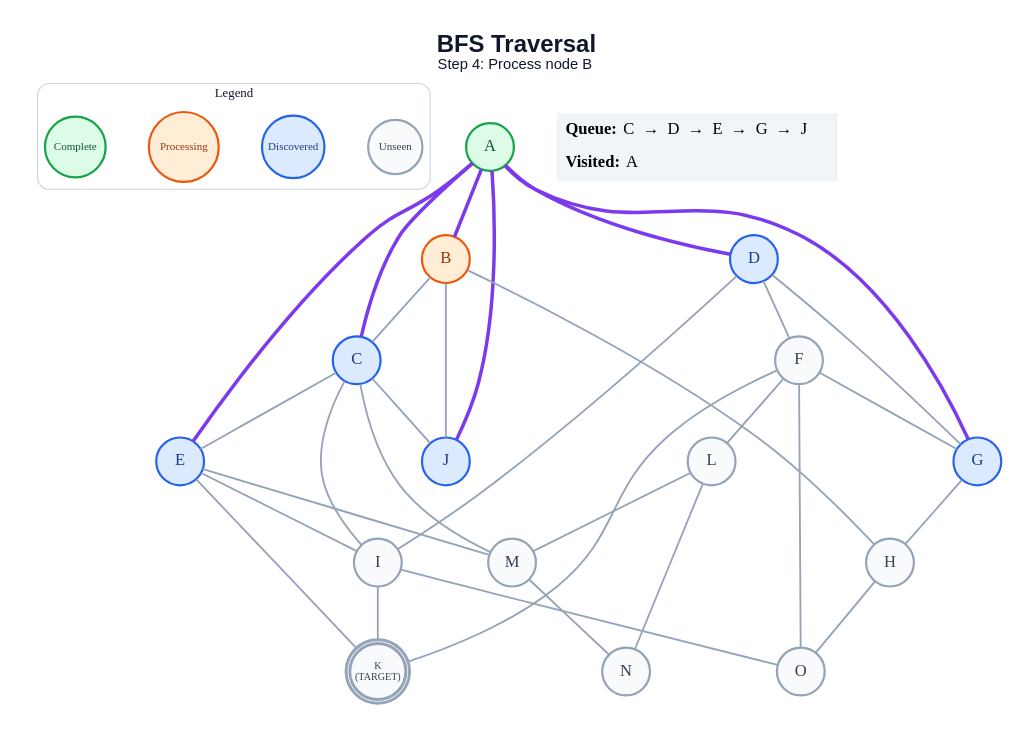
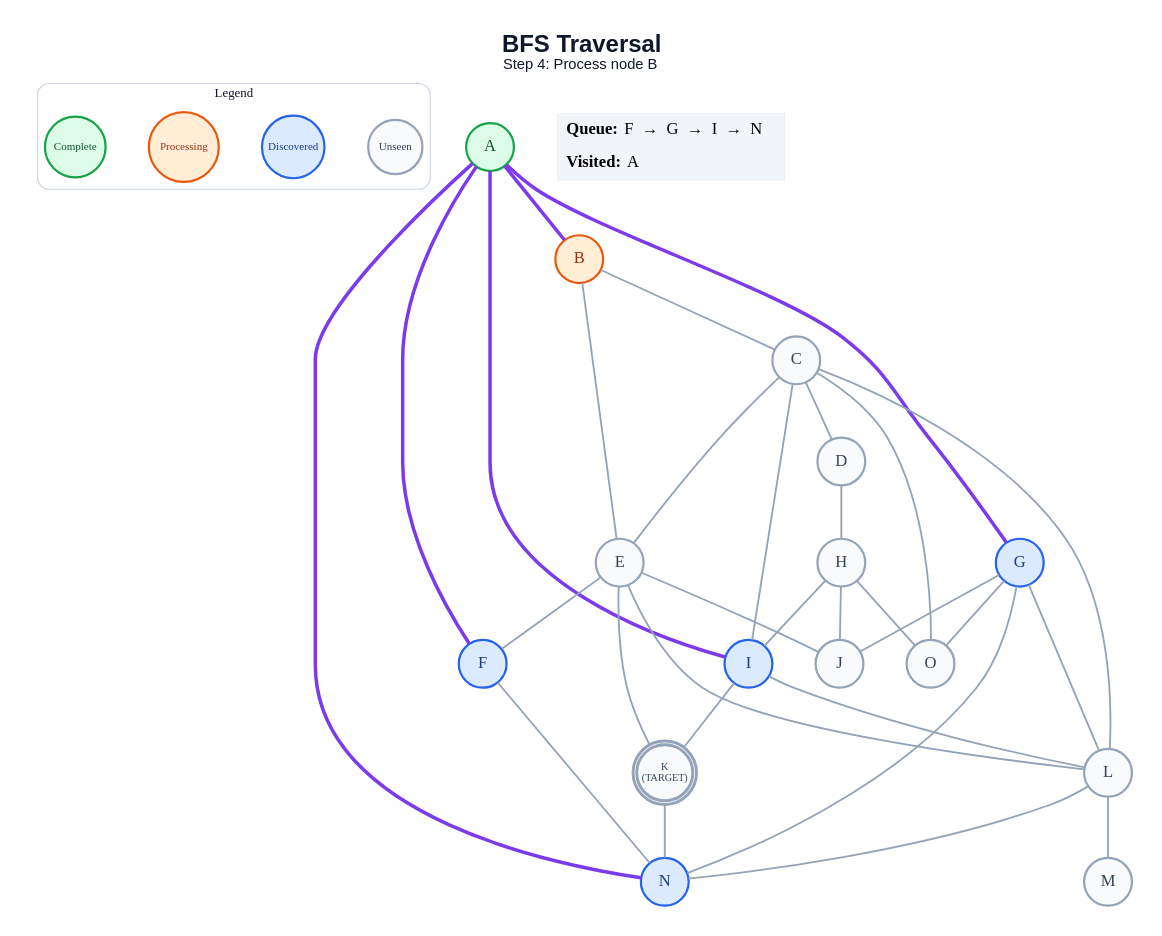
One commit to anon7238593-create/ai-slop changed the diagram in generated/bfs/step_04.dot. Above: the diagram before and after it, drawn with Graphviz. The commit also changed 291 other files, not shown here.

```diff
--- a/generated/bfs/step_04.dot
+++ b/generated/bfs/step_04.dot
@@ -1,64 +1,64 @@
 graph traversal {
   graph [layout=dot, rankdir=TB, bgcolor="#FFFFFF", pad="0.35", nodesep="0.65", ranksep="0.8", fontname="Arial"];
   node [shape=circle, style="filled", fontname="Arial Bold", fontsize=18, width=0.72, fixedsize=true, penwidth=2.4];
   edge [color="#94A3B8", penwidth=2.0];
   label=<<B>BFS Traversal</B><BR/><FONT POINT-SIZE="16">Step 4: Process node B</FONT>>; labelloc="t"; fontsize=26; fontname="Arial"; fontcolor="#0F172A";
   subgraph cluster_legend { label="Legend"; color="#CBD5E1"; penwidth=1.2; style="rounded"; fontsize=14; fontname="Arial Bold";
     key_unseen [label="Unseen", fillcolor="#F8FAFC", color="#94A3B8", fontcolor="#334155", fontsize=12, width=0.82];
     key_frontier [label="Discovered", fillcolor="#DBEAFE", color="#2563EB", fontcolor="#1E3A8A", fontsize=12, width=0.95];
     key_current [label="Processing", fillcolor="#FFEDD5", color="#EA580C", fontcolor="#9A3412", fontsize=12, width=1.05];
     key_done [label="Complete", fillcolor="#DCFCE7", color="#16A34A", fontcolor="#14532D", fontsize=12, width=0.92];
     { rank=same; key_unseen; key_frontier; key_current; key_done; }
   }
   A [label="A", fillcolor="#DCFCE7", color="#16A34A", fontcolor="#14532D", peripheries=1, penwidth=2.4];
   B [label="B", fillcolor="#FFEDD5", color="#EA580C", fontcolor="#9A3412", peripheries=1, penwidth=2.4];
-  C [label="C", fillcolor="#DBEAFE", color="#2563EB", fontcolor="#1E3A8A", peripheries=1, penwidth=2.4];
-  D [label="D", fillcolor="#DBEAFE", color="#2563EB", fontcolor="#1E3A8A", peripheries=1, penwidth=2.4];
-  E [label="E", fillcolor="#DBEAFE", color="#2563EB", fontcolor="#1E3A8A", peripheries=1, penwidth=2.4];
-  F [label="F", fillcolor="#F8FAFC", color="#94A3B8", fontcolor="#334155", peripheries=1, penwidth=2.4];
+  C [label="C", fillcolor="#F8FAFC", color="#94A3B8", fontcolor="#334155", peripheries=1, penwidth=2.4];
+  D [label="D", fillcolor="#F8FAFC", color="#94A3B8", fontcolor="#334155", peripheries=1, penwidth=2.4];
+  E [label="E", fillcolor="#F8FAFC", color="#94A3B8", fontcolor="#334155", peripheries=1, penwidth=2.4];
+  F [label="F", fillcolor="#DBEAFE", color="#2563EB", fontcolor="#1E3A8A", peripheries=1, penwidth=2.4];
   G [label="G", fillcolor="#DBEAFE", color="#2563EB", fontcolor="#1E3A8A", peripheries=1, penwidth=2.4];
   H [label="H", fillcolor="#F8FAFC", color="#94A3B8", fontcolor="#334155", peripheries=1, penwidth=2.4];
-  I [label="I", fillcolor="#F8FAFC", color="#94A3B8", fontcolor="#334155", peripheries=1, penwidth=2.4];
-  J [label="J", fillcolor="#DBEAFE", color="#2563EB", fontcolor="#1E3A8A", peripheries=1, penwidth=2.4];
+  I [label="I", fillcolor="#DBEAFE", color="#2563EB", fontcolor="#1E3A8A", peripheries=1, penwidth=2.4];
+  J [label="J", fillcolor="#F8FAFC", color="#94A3B8", fontcolor="#334155", peripheries=1, penwidth=2.4];
   K [label="K\n(TARGET)", fillcolor="#F8FAFC", color="#94A3B8", fontcolor="#334155", peripheries=2, penwidth=3.2, fontsize=11, width=0.85, height=0.85];
   L [label="L", fillcolor="#F8FAFC", color="#94A3B8", fontcolor="#334155", peripheries=1, penwidth=2.4];
   M [label="M", fillcolor="#F8FAFC", color="#94A3B8", fontcolor="#334155", peripheries=1, penwidth=2.4];
-  N [label="N", fillcolor="#F8FAFC", color="#94A3B8", fontcolor="#334155", peripheries=1, penwidth=2.4];
+  N [label="N", fillcolor="#DBEAFE", color="#2563EB", fontcolor="#1E3A8A", peripheries=1, penwidth=2.4];
   O [label="O", fillcolor="#F8FAFC", color="#94A3B8", fontcolor="#334155", peripheries=1, penwidth=2.4];
   A -- B [color="#7C3AED", penwidth=3.8];
-  A -- C [color="#7C3AED", penwidth=3.8];
-  A -- D [color="#7C3AED", penwidth=3.8];
-  A -- E [color="#7C3AED", penwidth=3.8];
+  A -- F [color="#7C3AED", penwidth=3.8];
   A -- G [color="#7C3AED", penwidth=3.8];
-  A -- J [color="#7C3AED", penwidth=3.8];
+  A -- I [color="#7C3AED", penwidth=3.8];
+  A -- N [color="#7C3AED", penwidth=3.8];
   B -- C;
-  B -- H;
-  B -- J;
+  B -- E;
+  C -- D;
   C -- E;
   C -- I;
-  C -- J;
-  C -- M;
-  D -- F;
-  D -- G;
-  D -- I;
-  E -- I;
+  C -- L;
+  C -- O;
+  D -- H;
+  E -- F;
+  E -- J;
   E -- K;
-  E -- M;
-  F -- G;
-  F -- K;
-  F -- L;
-  F -- O;
-  G -- H;
+  E -- L;
+  F -- N;
+  G -- J;
+  G -- L;
+  G -- N;
+  G -- O;
+  H -- I;
+  H -- J;
   H -- O;
   I -- K;
-  I -- O;
+  I -- L;
+  K -- N;
   L -- M;
   L -- N;
-  M -- N;
   status [shape=plain, fixedsize=false, width=0, height=0, margin=0, label=<
     <TABLE BORDER="0" CELLBORDER="0" CELLPADDING="7" BGCOLOR="#F1F5F9">
-      <TR><TD ALIGN="LEFT"><B>Queue:</B> C  →  D  →  E  →  G  →  J</TD></TR>
+      <TR><TD ALIGN="LEFT"><B>Queue:</B> F  →  G  →  I  →  N</TD></TR>
       <TR><TD ALIGN="LEFT"><B>Visited:</B> A</TD></TR>
     </TABLE>
   >];
 }
```
